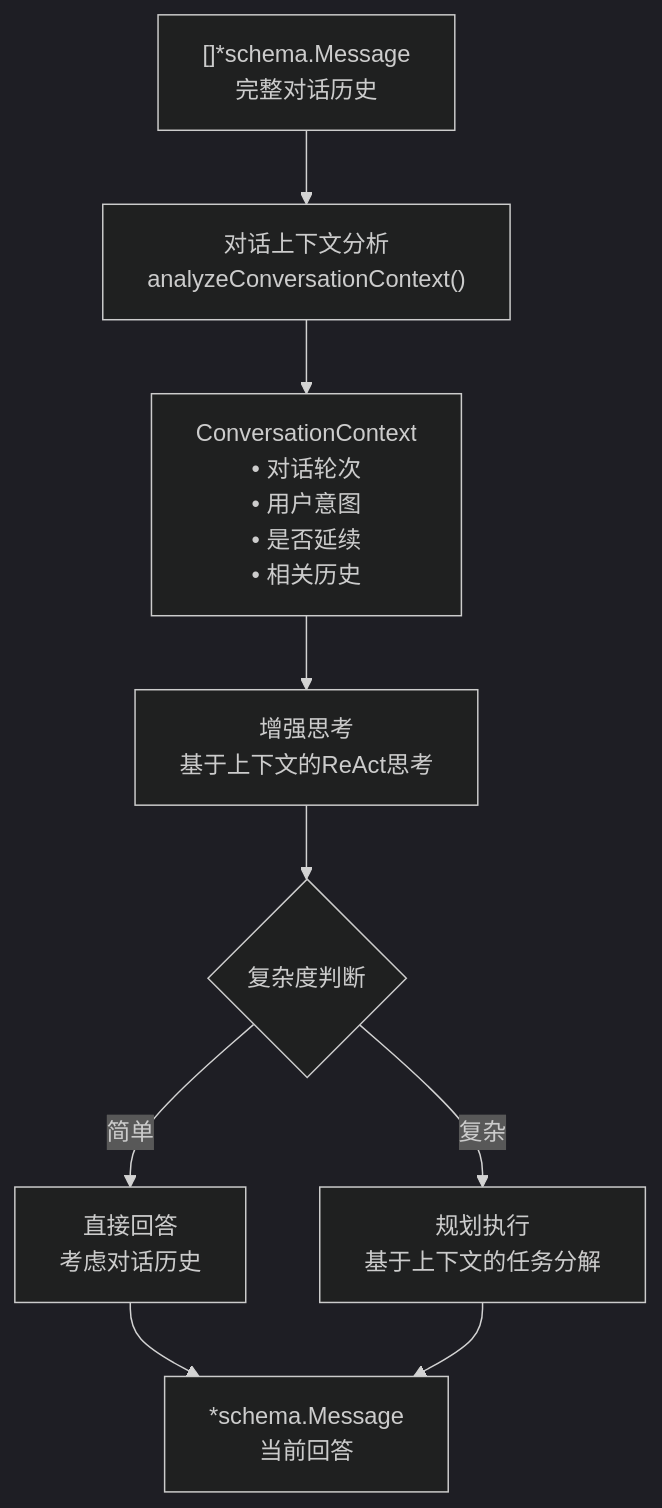
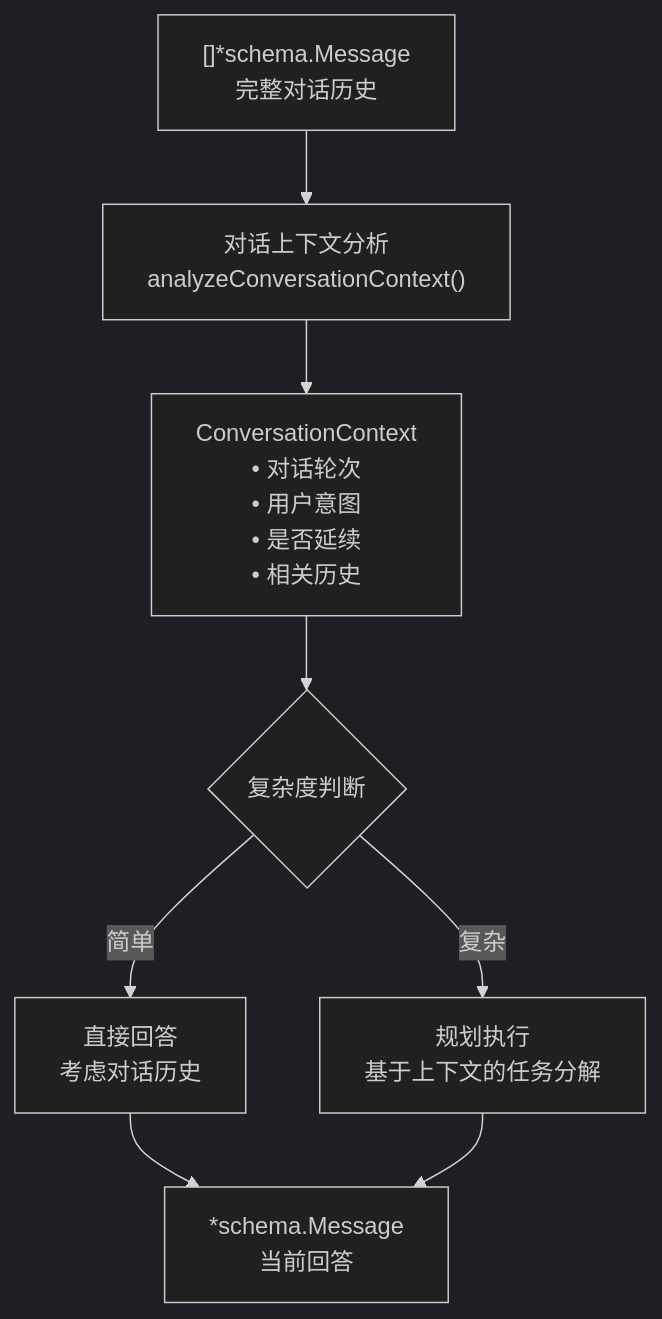
One commit to PGshen/thinking-map changed the third of 3 diagrams in server/internal/agent/enhanced_multiagent/02_architecture.md. Above: the diagram before and after it, drawn with Mermaid (dark theme). The commit also changed other lines of this file and 5 other files, not shown here.

First line of the commit message:
refactor(enhanced_multiagent): simplify state management and streamline execution flow

````diff
--- a/server/internal/agent/enhanced_multiagent/02_architecture.md
+++ b/server/internal/agent/enhanced_multiagent/02_architecture.md
@@ -141,16 +138,14 @@
 ```mermaid
 flowchart TD
     INPUT["[]*schema.Message<br>完整对话历史"] --> ANALYZE["对话上下文分析<br>analyzeConversationContext()"]
     
     ANALYZE --> CTX_RESULT["ConversationContext<br>• 对话轮次<br>• 用户意图<br>• 是否延续<br>• 相关历史"]
     
-    CTX_RESULT --> THINK["增强思考<br>基于上下文的ReAct思考"]
-    
-    THINK --> DECISION{"复杂度判断"}
+    CTX_RESULT --> DECISION{"复杂度判断"}
     
     DECISION -->|简单| DIRECT["直接回答<br>考虑对话历史"]
     DECISION -->|复杂| PLAN["规划执行<br>基于上下文的任务分解"]
     
     DIRECT --> OUTPUT["*schema.Message<br>当前回答"]
     PLAN --> OUTPUT
 ```
````
